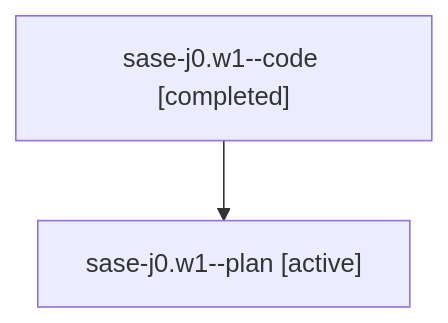
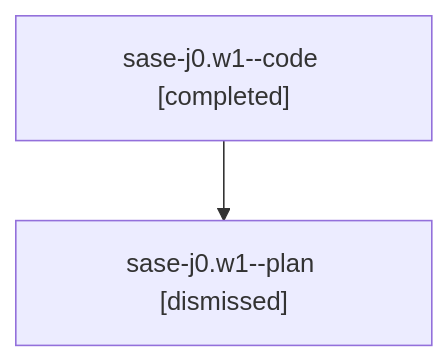
Before and after one commit to sase-org/sase--agents: the diagram in sessions/bbugyi200.athena.sase-j0.w1.md, drawn with Mermaid. The commit also changed other lines of this file and 72 other files, not shown here.

````diff
--- a/sessions/bbugyi200.athena.sase-j0.w1.md
+++ b/sessions/bbugyi200.athena.sase-j0.w1.md
@@ -9,6 +9,6 @@
 ```mermaid
 flowchart TD
   n0["sase-j0.w1--code [completed]"]
-  n1["sase-j0.w1--plan [active]"]
+  n1["sase-j0.w1--plan [dismissed]"]
   n0 --> n1
 ```
````
